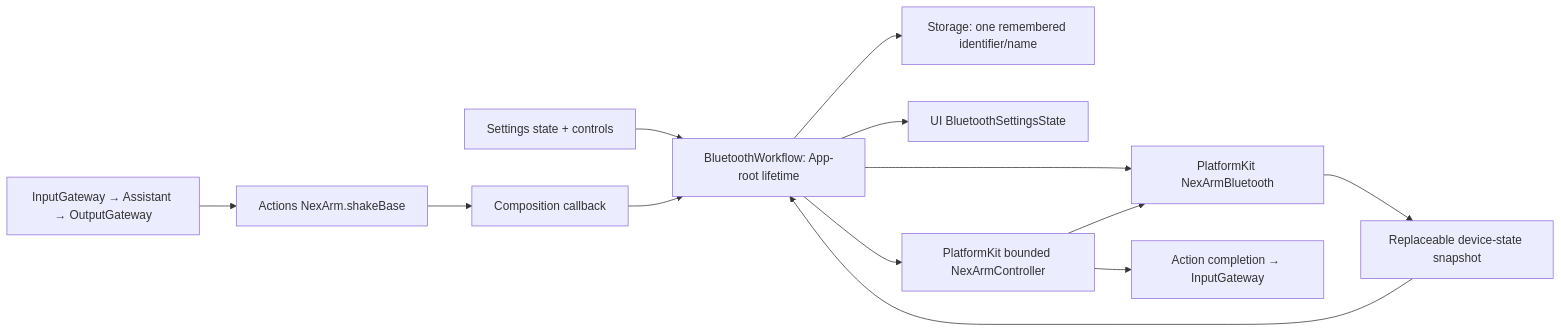
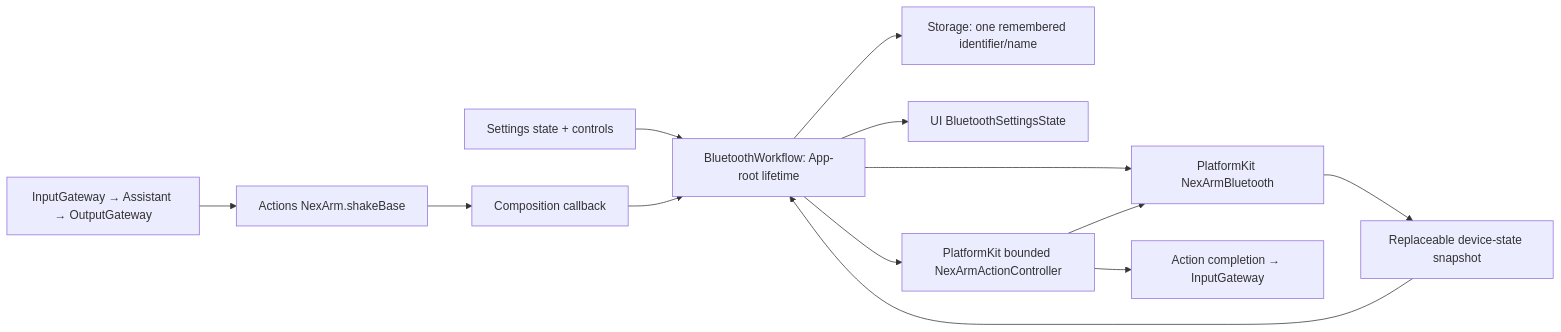
The second of 7 diagrams in MobileHarness/App/Workflows/README.md (devilyouwei/MobileHarness), drawn with Mermaid before and after one commit. The commit also changed other lines of this file and 120 other files, not shown here.

Commit message:
Refine NexArm arrival policies, action composition and module boundaries

````diff
--- a/MobileHarness/App/Workflows/README.md
+++ b/MobileHarness/App/Workflows/README.md
@@ -48,15 +48,15 @@
 ```mermaid
 flowchart LR
     Page[Settings state + controls] --> Workflow[BluetoothWorkflow: App-root lifetime]
     Workflow --> Store[Storage: one remembered identifier/name]
     Workflow --> BLE[PlatformKit NexArmBluetooth]
     BLE --> Snapshot[Replaceable device-state snapshot]
     Snapshot --> Workflow
     Workflow --> State[UI BluetoothSettingsState]
     Speech[InputGateway → Assistant → OutputGateway] --> Action[Actions NexArm.shakeBase]
     Action --> Binding[Composition callback]
     Binding --> Workflow
-    Workflow --> Controller[PlatformKit bounded NexArmController]
+    Workflow --> Controller[PlatformKit bounded NexArmActionController]
     Controller --> BLE
     Controller --> Result[Action completion → InputGateway]
 ```
````
